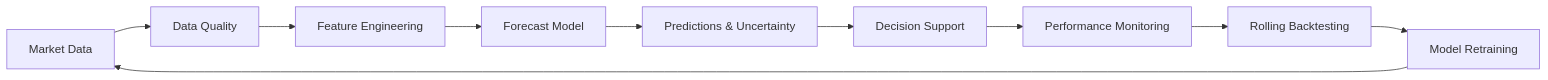
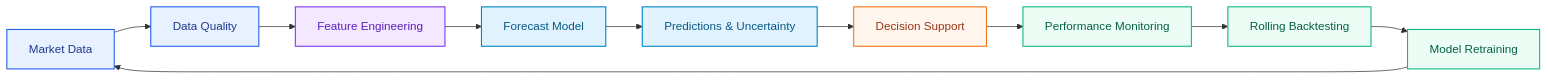
Before and after one commit to ShivamRajput22/Newcastle-coal-price-forecasting: the fourth of 4 diagrams in README.md, drawn with Mermaid. The commit also changed other lines of this file, not shown here.

````diff
--- a/README.md
+++ b/README.md
@@ -481,12 +535,24 @@
 ```mermaid
 flowchart LR
     A["Market Data"] --> B["Data Quality"]
     B --> C["Feature Engineering"]
     C --> D["Forecast Model"]
     D --> E["Predictions & Uncertainty"]
     E --> F["Decision Support"]
     F --> G["Performance Monitoring"]
     G --> H["Rolling Backtesting"]
     H --> I["Model Retraining"]
     I --> A
+
+    classDef data fill:#E8F1FF,stroke:#2563EB,color:#1E3A8A,stroke-width:1.5px;
+    classDef feature fill:#F3E8FF,stroke:#7C3AED,color:#5B21B6,stroke-width:1.5px;
+    classDef model fill:#E0F2FE,stroke:#0284C7,color:#075985,stroke-width:1.5px;
+    classDef decision fill:#FFF7ED,stroke:#F97316,color:#9A3412,stroke-width:1.5px;
+    classDef monitor fill:#ECFDF5,stroke:#10B981,color:#065F46,stroke-width:1.5px;
+
+    class A,B data;
+    class C feature;
+    class D,E model;
+    class F decision;
+    class G,H,I monitor;
 ```
````
